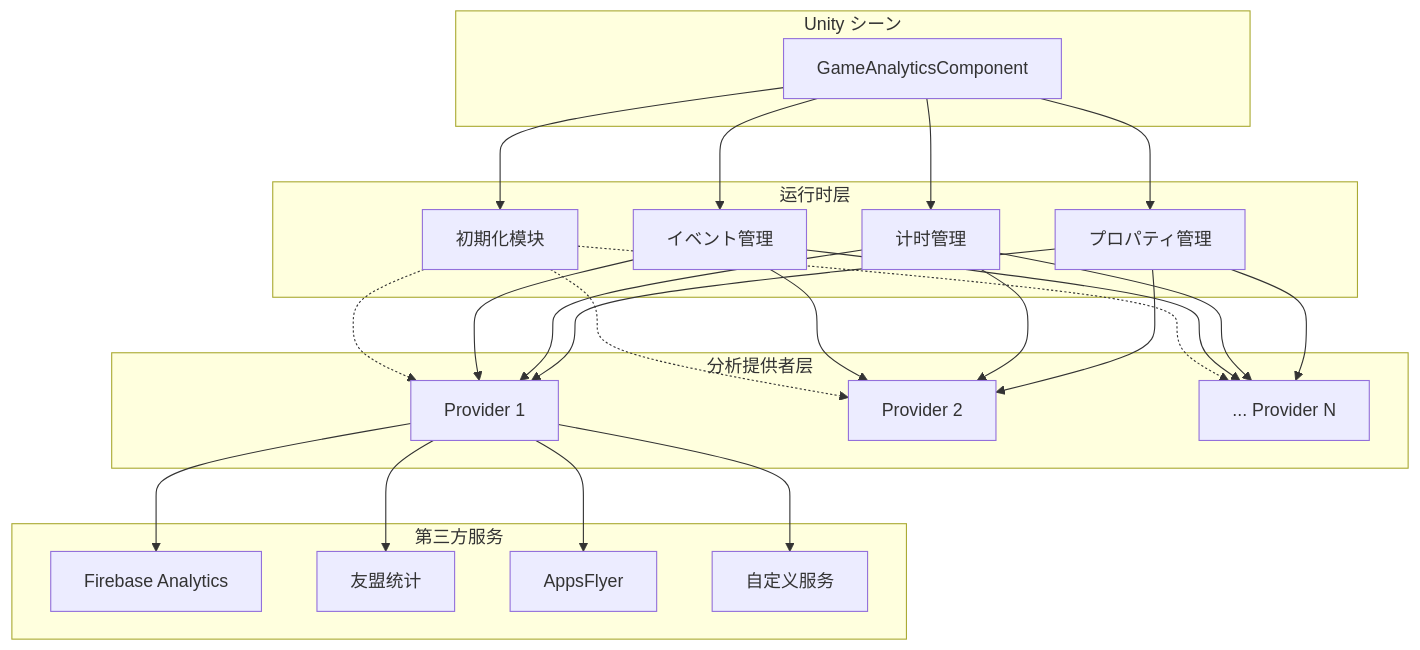
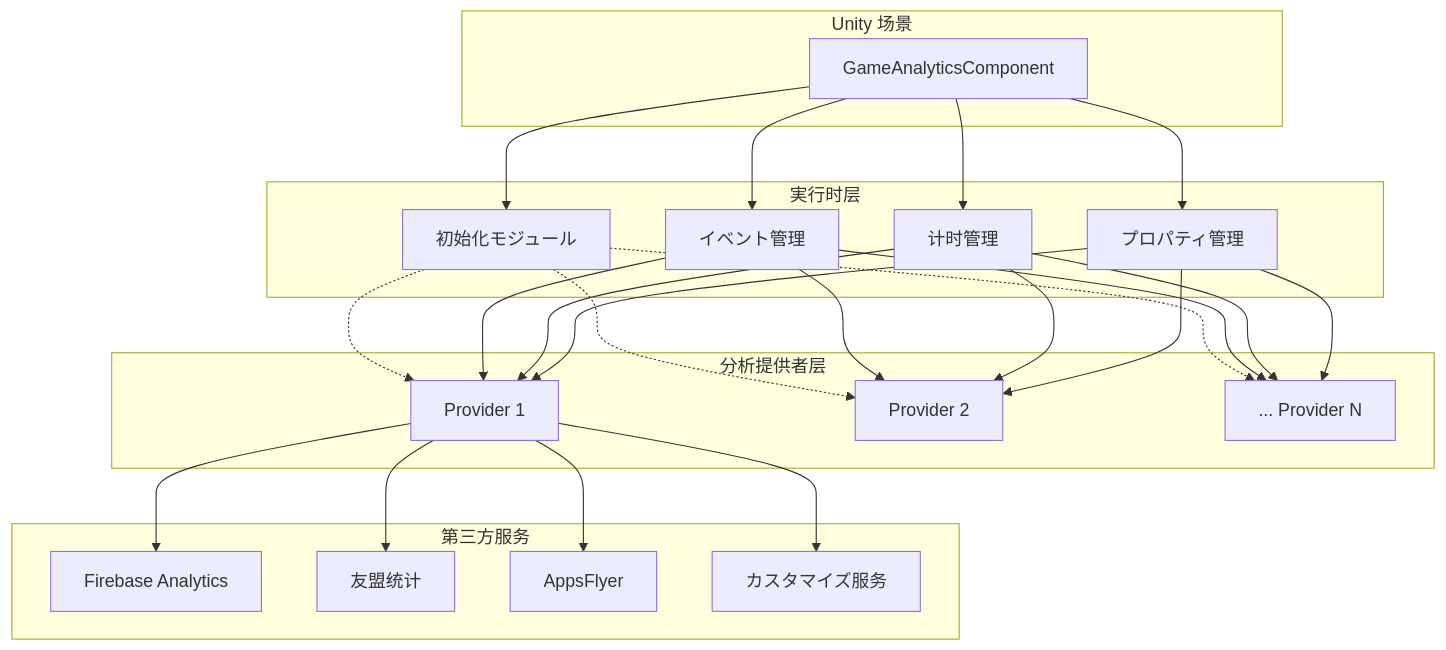
Before and after one commit to AlianBlank/GameFrameX.Docs: the first of 2 diagrams in docs/ja/client/unity/component/gameanalytics/03.getting-started.md, drawn with Mermaid. The commit also changed other lines of this file and 320 other files, not shown here.

````diff
--- a/docs/ja/client/unity/component/gameanalytics/03.getting-started.md
+++ b/docs/ja/client/unity/component/gameanalytics/03.getting-started.md
@@ -16,52 +16,52 @@
 ```mermaid
 flowchart TD
-    subgraph UnityScene["Unity シーン"]
+    subgraph UnityScene["Unity 场景"]
         GAC[GameAnalyticsComponent]
     end
 
-    subgraph Runtime["运行时层"]
-        Init[初期化模块]
+    subgraph Runtime["実行时层"]
+        Init[初始化モジュール]
         EventMgr[イベント管理]
         TimerMgr[计时管理]
         PropMgr[プロパティ管理]
     end
 
     subgraph Provider["分析提供者层"]
         Provider1[Provider 1]
         Provider2[Provider 2]
         ProviderN[... Provider N]
     end
 
     subgraph External["第三方服务"]
         Firebase[Firebase Analytics]
         UMeng[友盟统计]
         AppsFlyer[AppsFlyer]
-        Custom[自定义服务]
+        Custom[カスタマイズ服务]
     end
 
     GAC --> Init
     GAC --> EventMgr
     GAC --> TimerMgr
     GAC --> PropMgr
 
     Init -.-> Provider1
     Init -.-> Provider2
     Init -.-> ProviderN
 
     EventMgr --> Provider1
     EventMgr --> Provider2
     EventMgr --> ProviderN
 
     TimerMgr --> Provider1
     TimerMgr --> Provider2
     TimerMgr --> ProviderN
 
     PropMgr --> Provider1
     PropMgr --> Provider2
     PropMgr --> ProviderN
 
     Provider1 --> Firebase
     Provider1 --> UMeng
     Provider1 --> AppsFlyer
     Provider1 --> Custom
 ```
````
